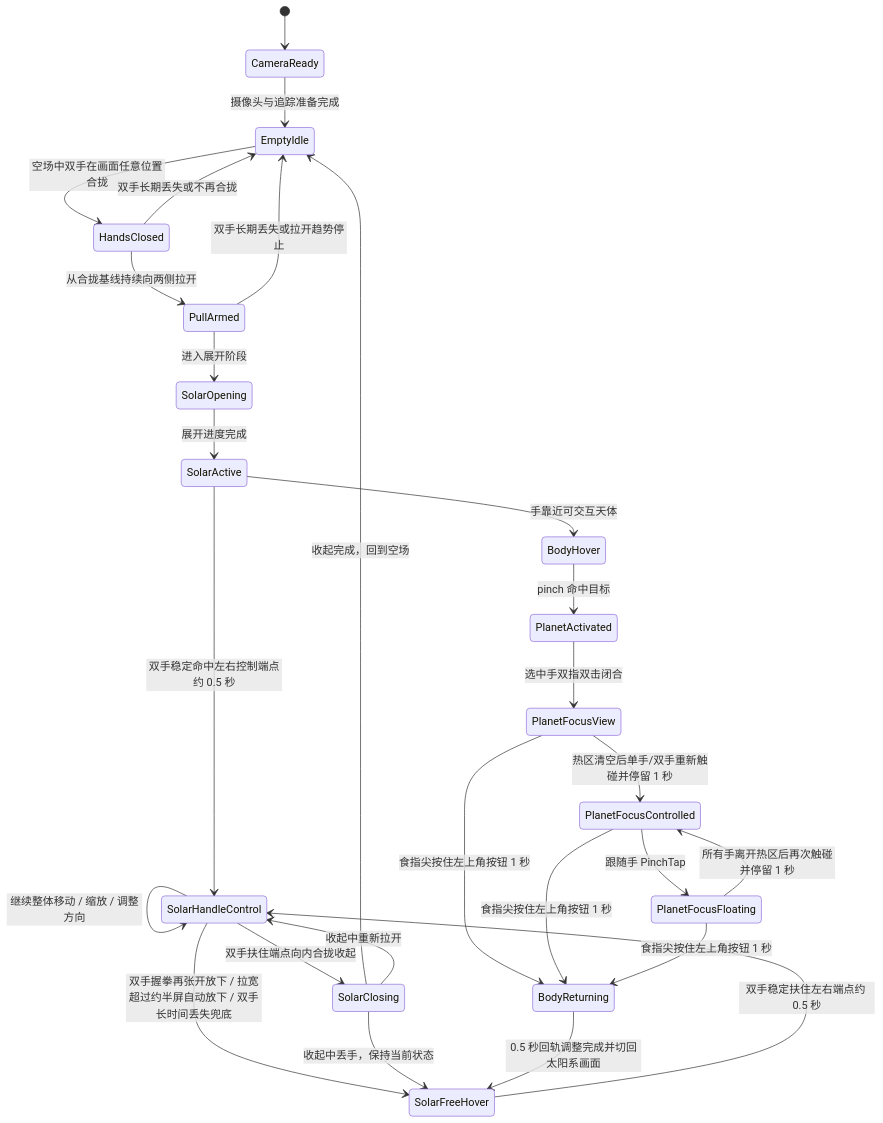
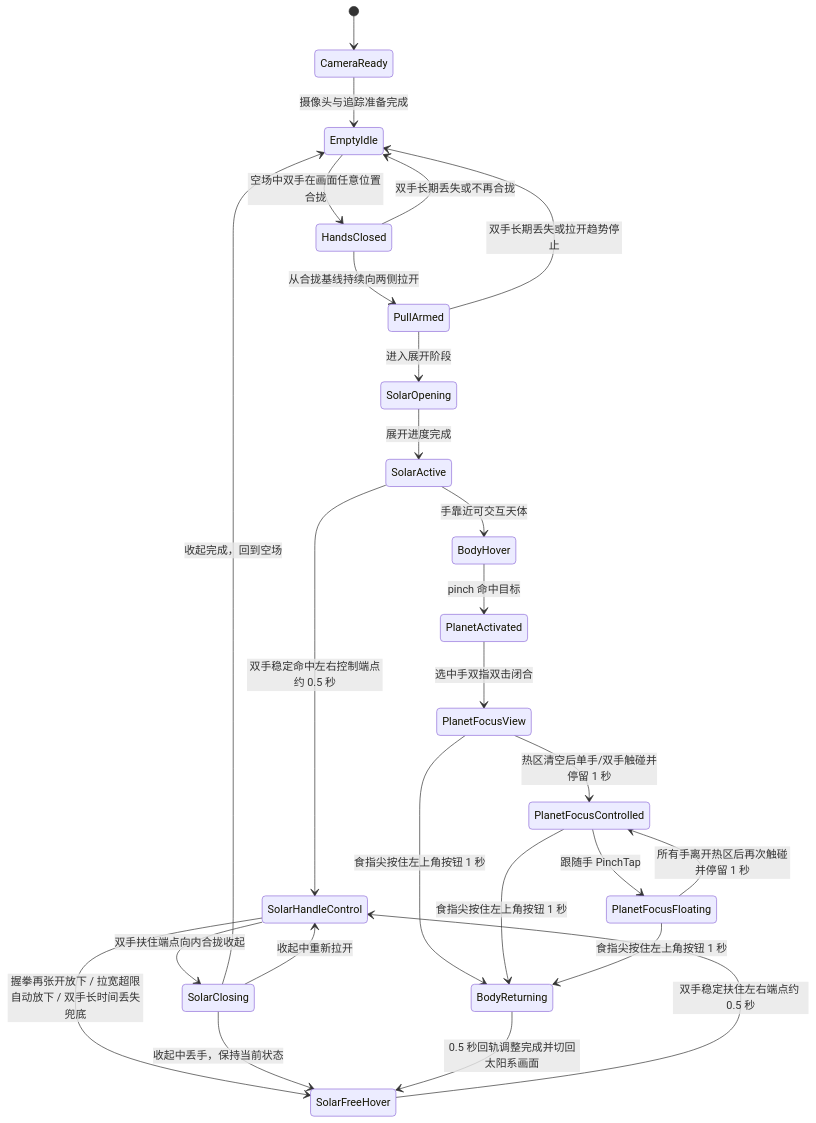
The diagram in ar_solar_system_prd.md (redcheeks666/ar-solar-system-demo), drawn with Mermaid before and after one commit. The commit also changed other lines of this file and 26 other files, not shown here.

````diff
--- a/ar_solar_system_prd.md
+++ b/ar_solar_system_prd.md
@@ -668,29 +252,28 @@
 ```mermaid
 stateDiagram-v2
     [*] --> CameraReady
     CameraReady --> EmptyIdle: 摄像头与追踪准备完成
     EmptyIdle --> HandsClosed: 空场中双手在画面任意位置合拢
     HandsClosed --> PullArmed: 从合拢基线持续向两侧拉开
     HandsClosed --> EmptyIdle: 双手长期丢失或不再合拢
     PullArmed --> EmptyIdle: 双手长期丢失或拉开趋势停止
     PullArmed --> SolarOpening: 进入展开阶段
     SolarOpening --> SolarActive: 展开进度完成
     SolarActive --> SolarHandleControl: 双手稳定命中左右控制端点约 0.5 秒
     SolarFreeHover --> SolarHandleControl: 双手稳定扶住左右端点约 0.5 秒
-    SolarHandleControl --> SolarHandleControl: 继续整体移动 / 缩放 / 调整方向
-    SolarHandleControl --> SolarFreeHover: 双手握拳再张开放下 / 拉宽超过约半屏自动放下 / 双手长时间丢失兜底
+    SolarHandleControl --> SolarFreeHover: 握拳再张开放下 / 拉宽超限自动放下 / 双手长时间丢失兜底
     SolarHandleControl --> SolarClosing: 双手扶住端点向内合拢收起
     SolarClosing --> EmptyIdle: 收起完成，回到空场
     SolarClosing --> SolarHandleControl: 收起中重新拉开
     SolarClosing --> SolarFreeHover: 收起中丢手，保持当前状态
     SolarActive --> BodyHover: 手靠近可交互天体
     BodyHover --> PlanetActivated: pinch 命中目标
     PlanetActivated --> PlanetFocusView: 选中手双指双击闭合
-    PlanetFocusView --> PlanetFocusControlled: 热区清空后单手/双手重新触碰并停留 1 秒
+    PlanetFocusView --> PlanetFocusControlled: 热区清空后单手/双手触碰并停留 1 秒
     PlanetFocusControlled --> PlanetFocusFloating: 跟随手 PinchTap
     PlanetFocusFloating --> PlanetFocusControlled: 所有手离开热区后再次触碰并停留 1 秒
     PlanetFocusView --> BodyReturning: 食指尖按住左上角按钮 1 秒
     PlanetFocusControlled --> BodyReturning: 食指尖按住左上角按钮 1 秒
     PlanetFocusFloating --> BodyReturning: 食指尖按住左上角按钮 1 秒
     BodyReturning --> SolarFreeHover: 0.5 秒回轨调整完成并切回太阳系画面
 ```
````
